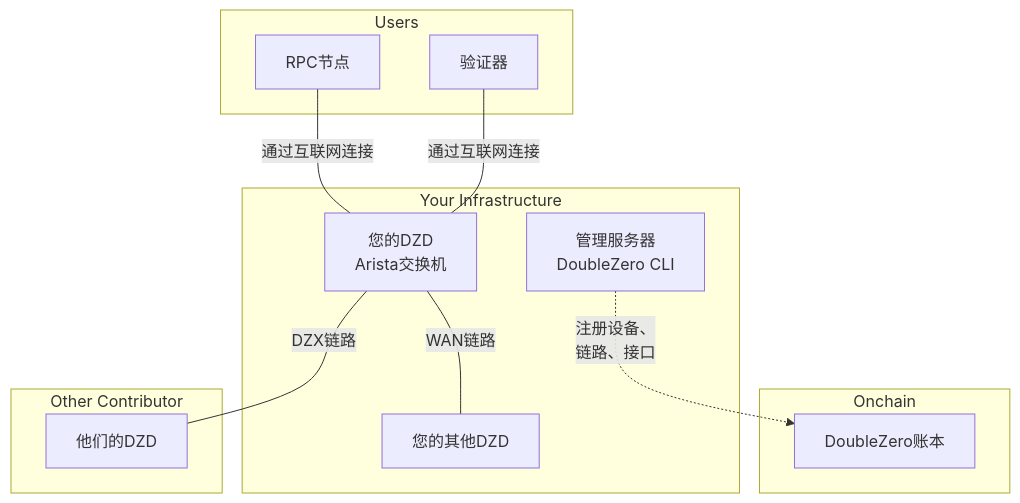
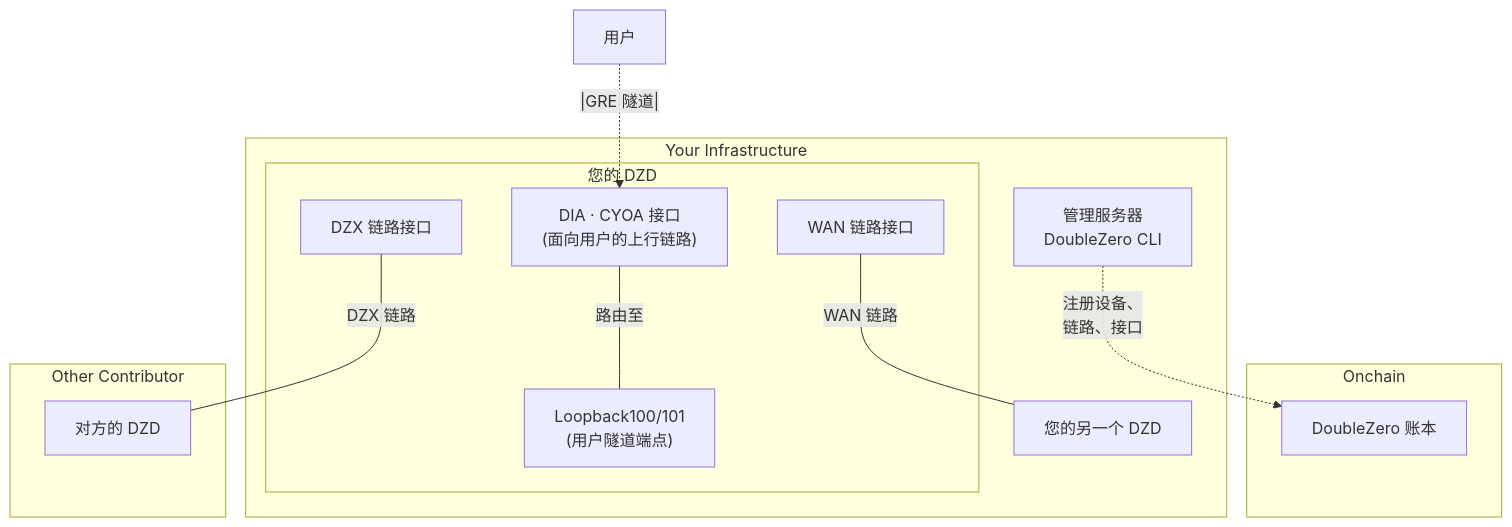
Before and after one commit to malbeclabs/docs: the first of 9 diagrams in docs/contribute-provisioning.zh.md, drawn with Mermaid. The commit also changed other lines of this file and 34 other files, not shown here.

````diff
--- a/docs/contribute-provisioning.zh.md
+++ b/docs/contribute-provisioning.zh.md
@@ -13,26 +50,29 @@
 ```mermaid
 flowchart TB
     subgraph Onchain
-        SC[DoubleZero账本]
+        SC[DoubleZero 账本]
     end
 
     subgraph Your Infrastructure
         MGMT[管理服务器<br/>DoubleZero CLI]
-        DZD[您的DZD<br/>Arista交换机]
-        DZD ---|WAN链路| DZD2[您的其他DZD]
+        subgraph DZD[您的 DZD]
+            CYOA["DIA · CYOA 接口<br/>(面向用户的上行链路)"]
+            WAN_INTF["WAN 链路接口"]
+            DZX_INTF["DZX 链路接口"]
+            LO100["Loopback100/101<br/>(用户隧道端点)"]
+        end
+        DZD2[您的另一个 DZD]
     end
 
     subgraph Other Contributor
-        OtherDZD[他们的DZD]
+        OtherDZD[对方的 DZD]
     end
 
-    subgraph Users
-        VAL[验证器]
-        RPC[RPC节点]
-    end
+    USERS["用户"]
 
     MGMT -.->|注册设备、<br/>链路、接口| SC
-    DZD ---|DZX链路| OtherDZD
-    VAL ---|通过互联网连接| DZD
-    RPC ---|通过互联网连接| DZD
+    WAN_INTF ---|WAN 链路| DZD2
+    DZX_INTF ---|DZX 链路| OtherDZD
+    USERS -.|GRE 隧道|.-> CYOA
+    CYOA ---|路由至| LO100
 ```
````
